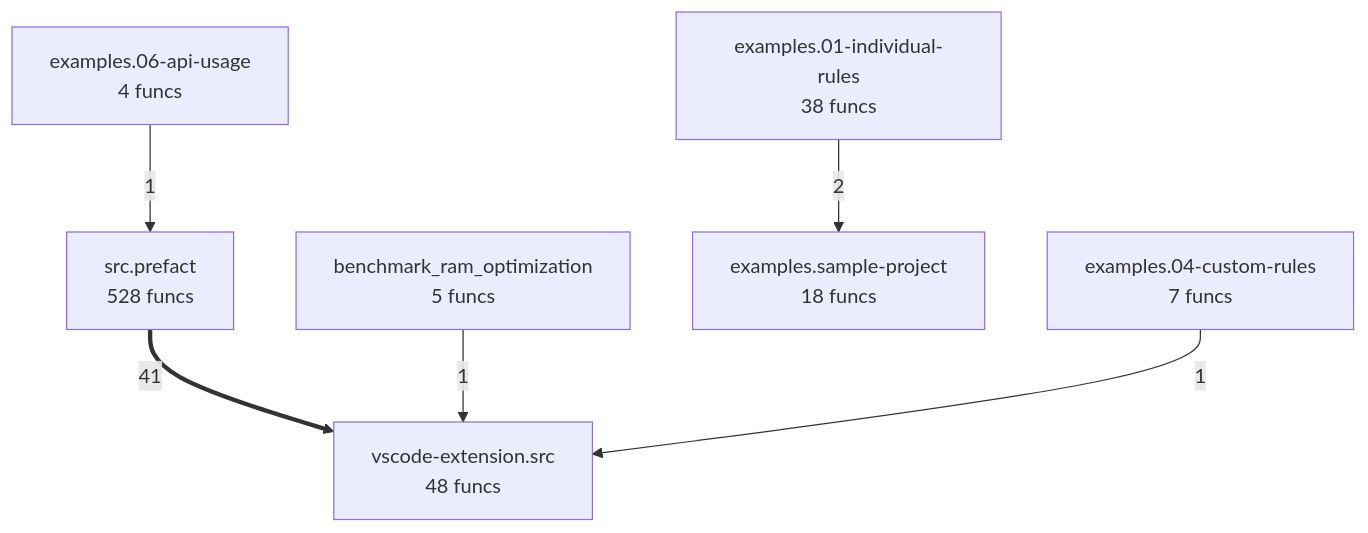
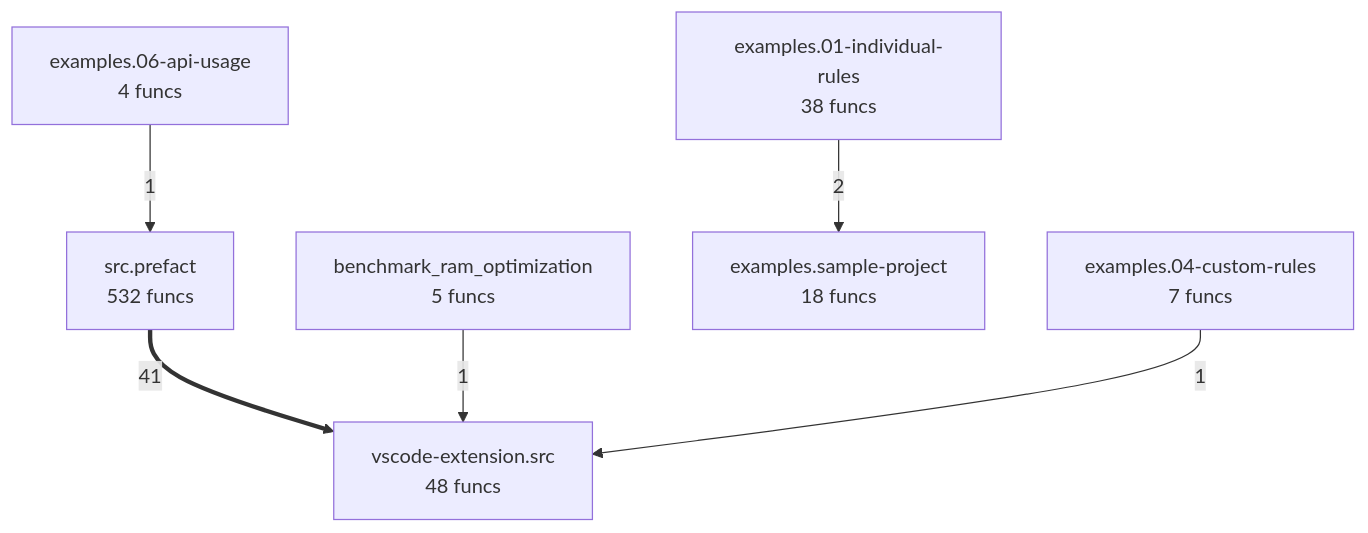
Before and after one commit to semcod/refactoring: the diagram in project/compact_flow.mmd, drawn with Mermaid. The commit also changed 38 other files, not shown here.

```diff
--- a/project/compact_flow.mmd
+++ b/project/compact_flow.mmd
@@ -1,13 +1,13 @@
 flowchart TD
     benchmark_ram_optimization["benchmark_ram_optimization<br/>5 funcs"]
     examples__01_individual_rules["examples.01-individual-rules<br/>38 funcs"]
     examples__04_custom_rules["examples.04-custom-rules<br/>7 funcs"]
     examples__06_api_usage["examples.06-api-usage<br/>4 funcs"]
     examples__sample_project["examples.sample-project<br/>18 funcs"]
-    src__prefact["src.prefact<br/>528 funcs"]
+    src__prefact["src.prefact<br/>532 funcs"]
     vscode_extension__src["vscode-extension.src<br/>48 funcs"]
     src__prefact ==>|41| vscode_extension__src
     examples__01_individual_rules -->|2| examples__sample_project
     benchmark_ram_optimization -->|1| vscode_extension__src
     examples__06_api_usage -->|1| src__prefact
     examples__04_custom_rules -->|1| vscode_extension__src
```
